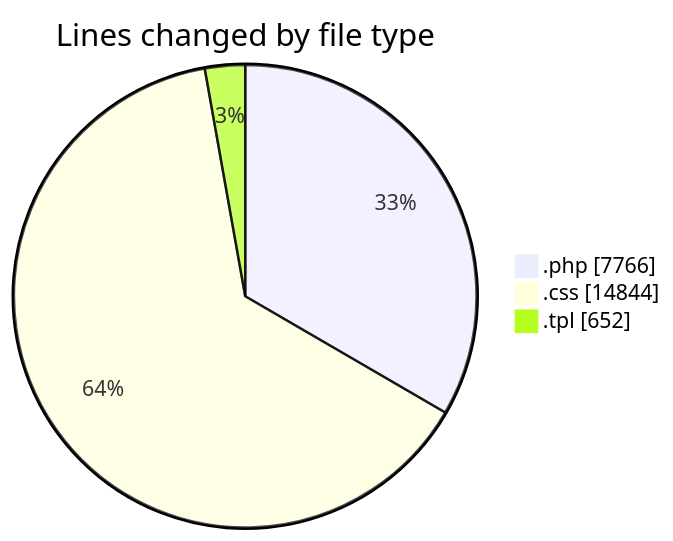
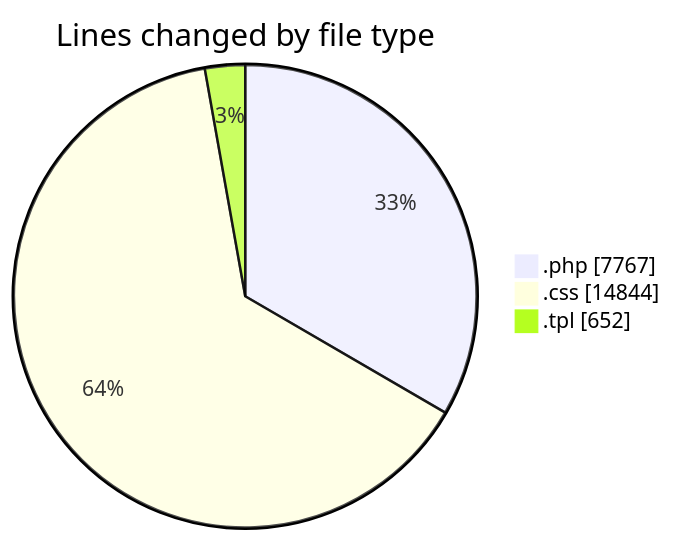
Before and after one commit to vahidmafi/code-tracking: the first of 2 diagrams in 2025-04-17/zeytoon/README.md, drawn with Mermaid. The commit also changed other lines of this file and 1 other file, not shown here.

````diff
--- a/2025-04-17/zeytoon/README.md
+++ b/2025-04-17/zeytoon/README.md
@@ -30,7 +30,7 @@
 ```mermaid
 pie showData
 title Lines changed by file type
-".php" : 7766
+".php" : 7767
 ".css" : 14844
 ".tpl" : 652
 ```
````
